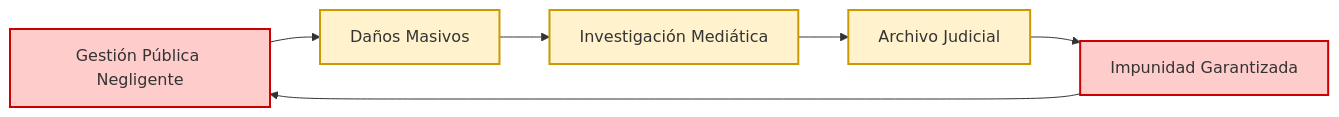
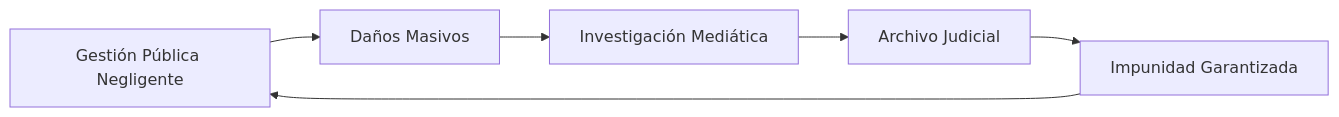
Before and after one commit to perpetuocambio/annotations: the second of 10 diagrams in politica/medioambiente/analisis_multifactorial_incendios.md, drawn with Mermaid. The commit also changed other lines of this file, not shown here.

````diff
--- a/politica/medioambiente/analisis_multifactorial_incendios.md
+++ b/politica/medioambiente/analisis_multifactorial_incendios.md
@@ -87,15 +84,12 @@
 ```mermaid
 flowchart LR
     A[Gestión Pública Negligente] --> B[Daños Masivos]
     B --> C[Investigación Mediática]
     C --> D[Archivo Judicial]
     D --> E[Impunidad Garantizada]
     E --> A
     
-    classDef problema fill:#ffcccc,stroke:#cc0000,stroke-width:2px
-    classDef proceso fill:#fff2cc,stroke:#cc9900,stroke-width:2px
-    classDef resultado fill:#ffcccc,stroke:#cc0000,stroke-width:2px
     
     class A,E problema
     class B,C,D proceso
 ```
````
